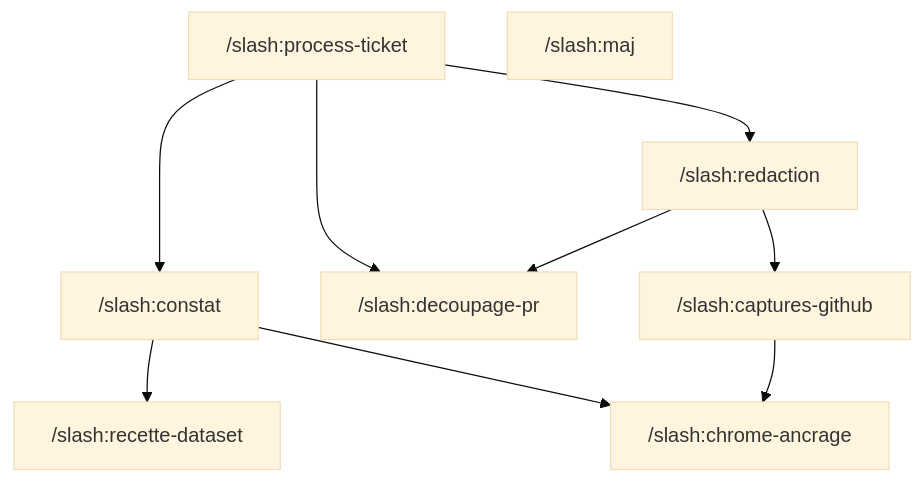
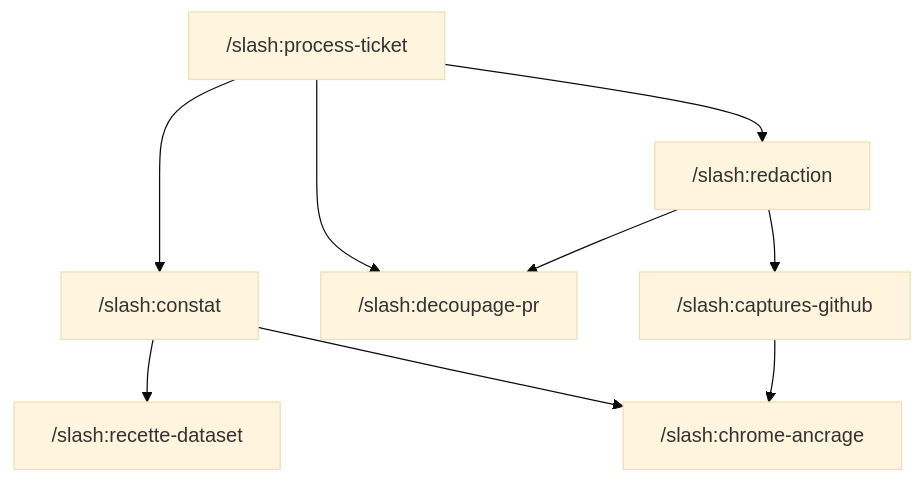
One commit to vinslash/claude-custom changed the second of 2 diagrams in README.md. Above: the diagram before and after it, drawn with Mermaid (base theme). The commit also changed other lines of this file, not shown here.

First line of the commit message:
Retirer maj du diagramme, que son isolement rendait trompeur

````diff
--- a/README.md
+++ b/README.md
@@ -98,20 +98,19 @@
 ```mermaid
 flowchart TD
     pt["/slash:process-ticket"]
     co["/slash:constat"]
     re["/slash:redaction"]
     rd["/slash:recette-dataset"]
     dp["/slash:decoupage-pr"]
     cg["/slash:captures-github"]
     ca["/slash:chrome-ancrage"]
-    maj["/slash:maj"]
 
     pt --> co
     pt --> re
     pt --> dp
     co --> rd
     co --> ca
     re --> dp
     re --> cg
     cg --> ca
 ```
````
